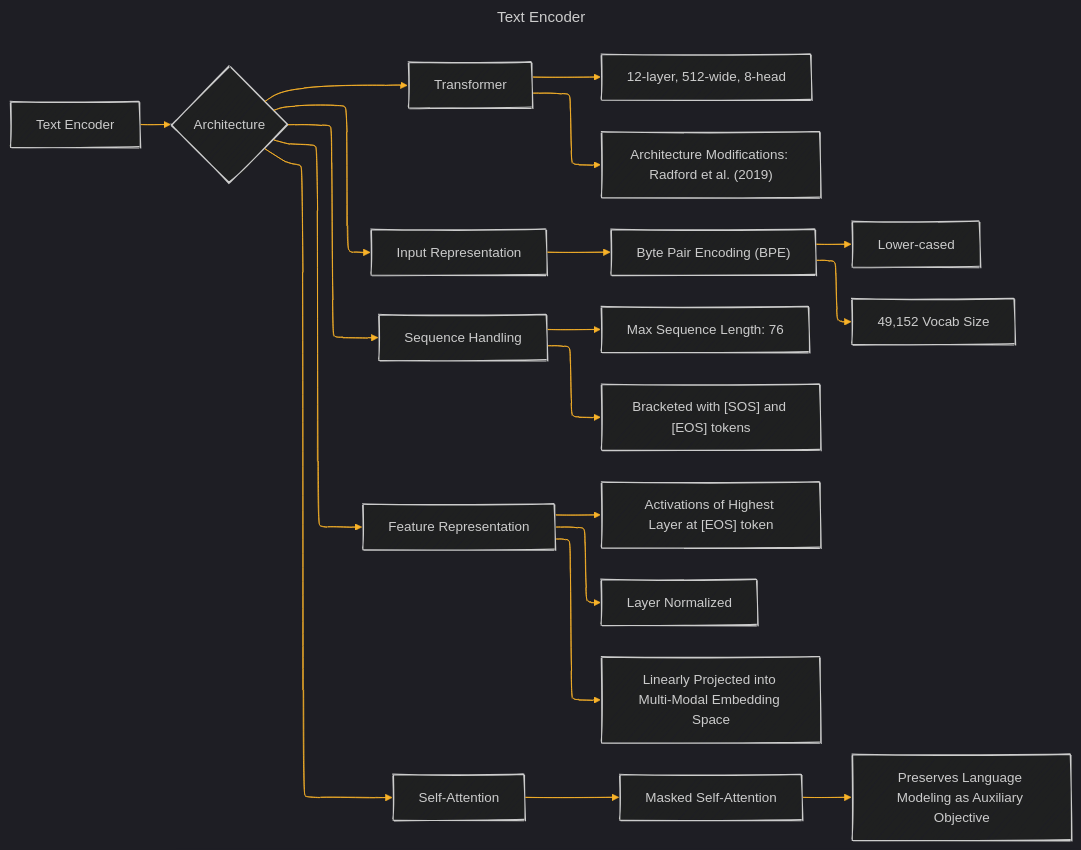
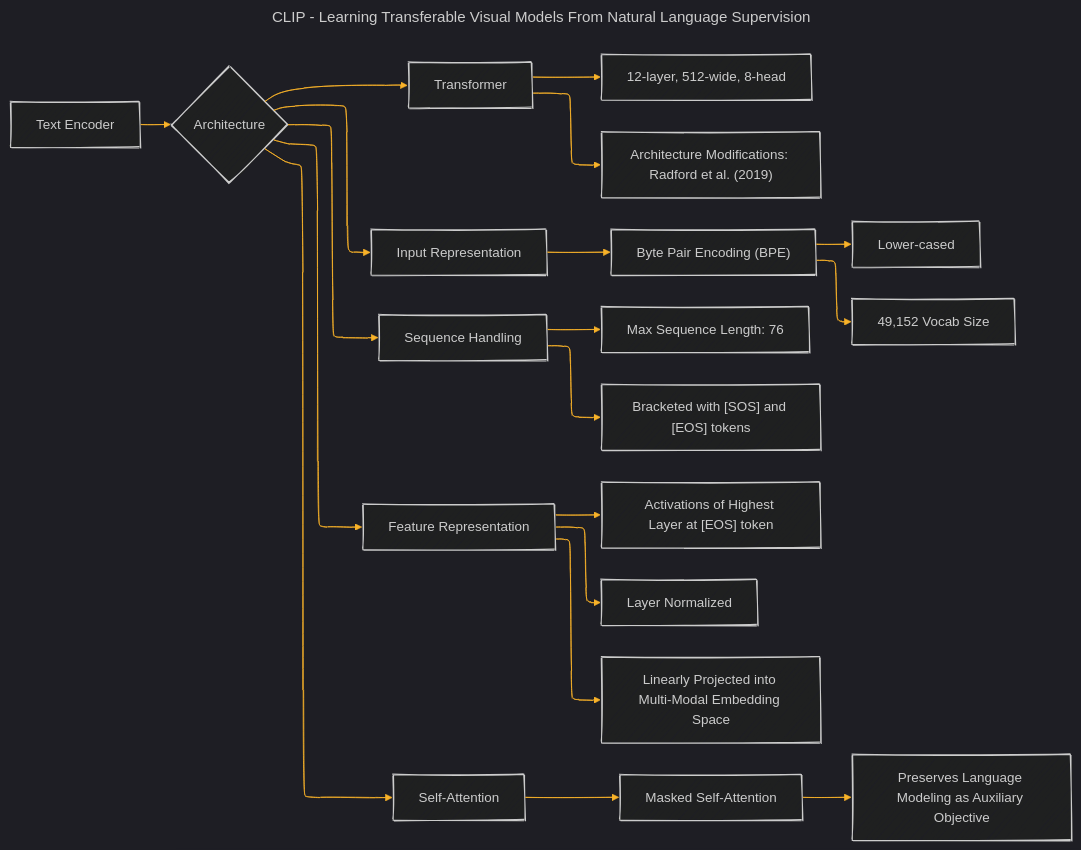
The diagram in OPENAI/CLIP/Text_Encoder.md (CongLeSolutionX/Synthetic-Zooniverse), drawn with Mermaid before and after one commit. The commit also changed 9 other files, not shown here.

````diff
--- a/OPENAI/CLIP/Text_Encoder.md
+++ b/OPENAI/CLIP/Text_Encoder.md
@@ -29,52 +29,52 @@
 ```mermaid
 ---
-title: "Text Encoder"
+title: "CLIP - Learning Transferable Visual Models From Natural Language Supervision"
 author: "Cong Le"
 version: "1.0"
 license(s): "MIT, CC BY 4.0"
 copyright: "Copyright (c) 2025 Cong Le. All Rights Reserved."
 config:
   layout: elk
   look: handDrawn
   theme: dark
 ---
 %%%%%%%% Mermaid version v11.4.1-b.14
 %%%%%%%% Toggle theme value to `base` to activate the initilization below for the customized theme version.
 %%%%%%%% Available curve styles include the following keywords:
 %% basis, bumpX, bumpY, cardinal, catmullRom, linear, monotoneX, monotoneY, natural, step, stepAfter, stepBefore.
 %%{
   init: {
     "graph": { "htmlLabels": false, 'curve': 'linear' },
     'fontFamily': 'Fantasy',
     'themeVariables': {
       'primaryColor': '#ffff',
       'primaryTextColor': '#55ff',
       'primaryBorderColor': '#7c2',
       'lineColor': '#F8B229',
       'secondaryColor': '#006100',
       'tertiaryColor': '#fff'
     }
   }
 }%%
 graph LR
     A[Text Encoder] --> B{Architecture};
     
     B --> C[Transformer];
     C --> CA[12-layer, 512-wide, 8-head];
     C --> CB["Architecture Modifications: Radford et al. (2019)"]
     B --> D[Input Representation];
     D --> DA["Byte Pair Encoding (BPE)"]
     DA --> DAA[Lower-cased];
     DA --> DAB[49,152 Vocab Size];
     B --> E[Sequence Handling];
     E --> EA[Max Sequence Length: 76];
     E --> EB["Bracketed with [SOS] and [EOS] tokens"]
     B --> F[Feature Representation];
     F --> FA["Activations of Highest Layer at [EOS] token"]
     F --> FB[Layer Normalized];
     F --> FC[Linearly Projected into Multi-Modal Embedding Space];
     B --> G[Self-Attention];
     G --> GA[Masked Self-Attention];
     GA --> GAA[Preserves Language Modeling as Auxiliary Objective]
     
 ```
````
